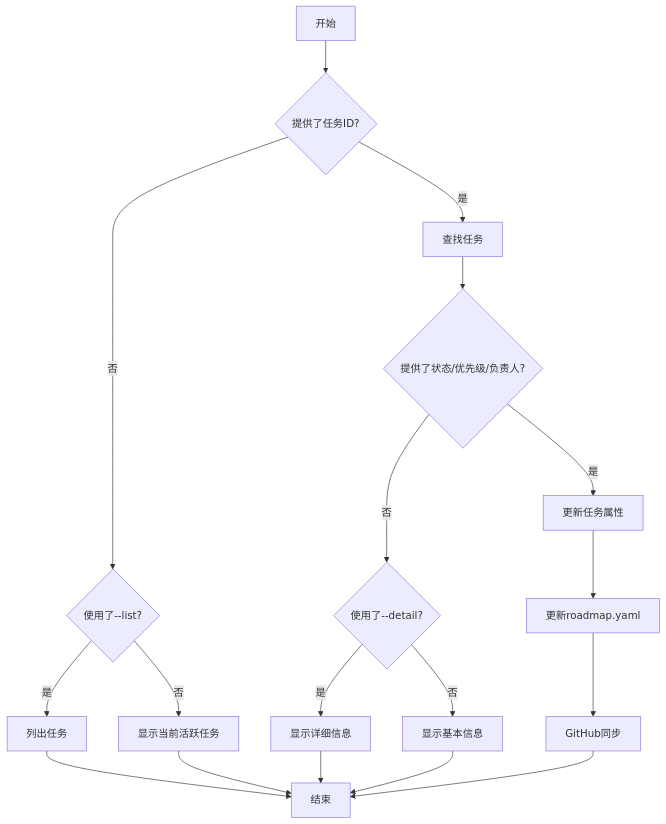
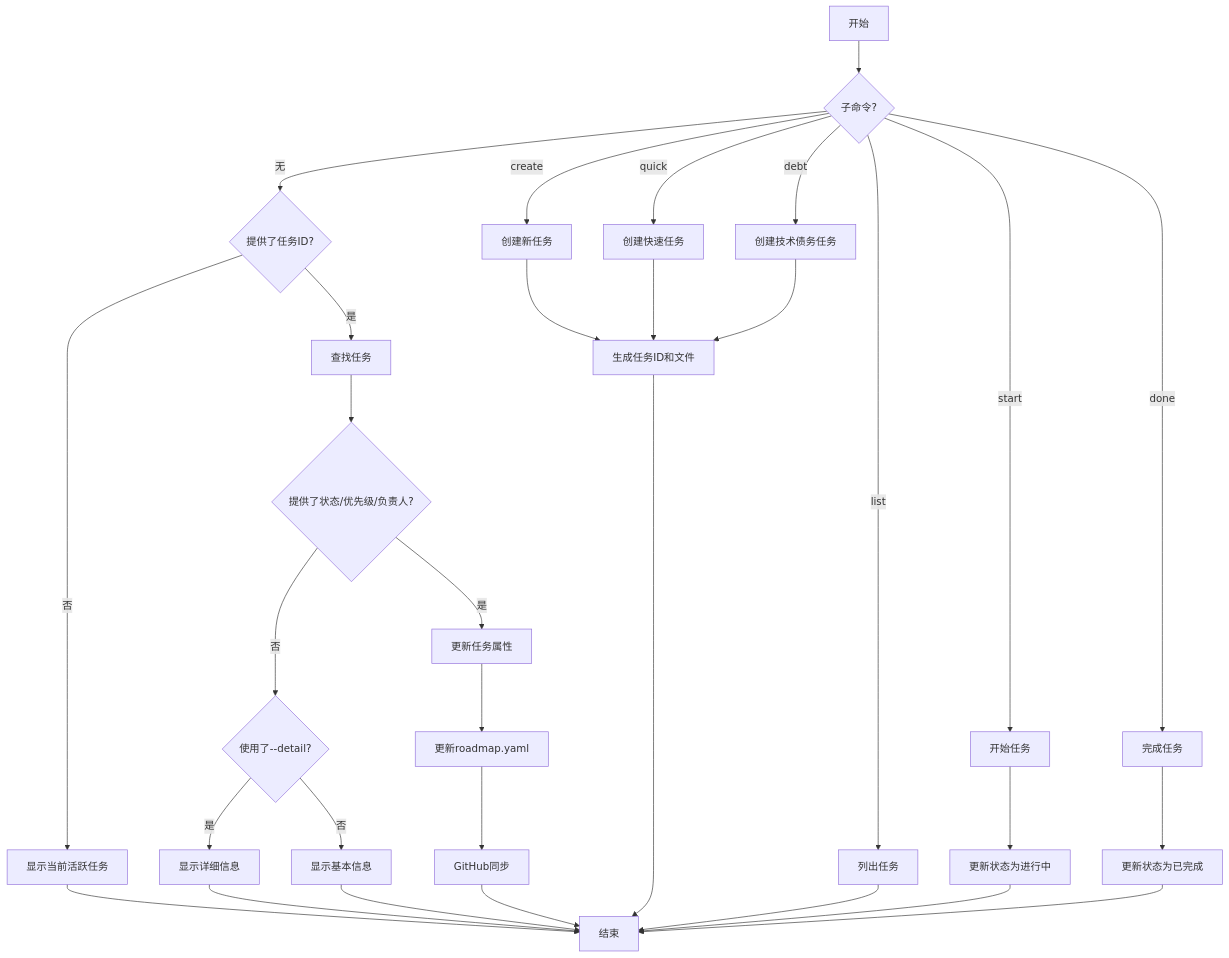
The diagram in .cursor/rules/command-rules/task-command.mdc (jacobcy/VibeCopilot), drawn with Mermaid before and after one commit. The commit also changed other lines of this file and 63 other files, not shown here.

````diff
--- a/.cursor/rules/command-rules/task-command.mdc
+++ b/.cursor/rules/command-rules/task-command.mdc
@@ -31,20 +51,39 @@
 ```mermaid
 flowchart TD
-    A[开始] --> B{提供了任务ID?}
-    B -->|是| C[查找任务]
-    B -->|否| D{使用了--list?}
-    D -->|是| E[列出任务]
-    D -->|否| F[显示当前活跃任务]
-    C --> G{提供了状态/优先级/负责人?}
-    G -->|是| H[更新任务属性]
-    G -->|否| I{使用了--detail?}
-    I -->|是| J[显示详细信息]
-    I -->|否| K[显示基本信息]
-    H --> L[更新roadmap.yaml]
-    E --> N[结束]
-    F --> N
-    J --> N
-    K --> N
-    L --> M[GitHub同步]
-    M --> N
+    A[开始] --> B{子命令?}
+    B -->|无| C{提供了任务ID?}
+    B -->|create| N[创建新任务]
+    B -->|quick| O[创建快速任务]
+    B -->|debt| P[创建技术债务任务]
+    B -->|start| Q[开始任务]
+    B -->|done| R[完成任务]
+    B -->|list| S[列出任务]
+
+    C -->|是| D[查找任务]
+    C -->|否| E[显示当前活跃任务]
+
+    D --> F{提供了状态/优先级/负责人?}
+    F -->|是| G[更新任务属性]
+    F -->|否| H{使用了--detail?}
+    H -->|是| I[显示详细信息]
+    H -->|否| J[显示基本信息]
+
+    G --> K[更新roadmap.yaml]
+    K --> L[GitHub同步]
+
+    N --> M[生成任务ID和文件]
+    O --> M
+    P --> M
+
+    Q --> T[更新状态为进行中]
+    R --> U[更新状态为已完成]
+
+    E --> V[结束]
+    I --> V
+    J --> V
+    L --> V
+    M --> V
+    S --> V
+    T --> V
+    U --> V
 ```
````
